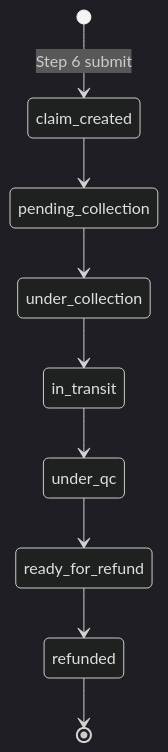
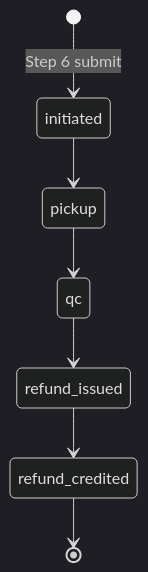
Before and after one commit to andrea-revibe/my-account-redesign-v2: the first of 5 diagrams in docs/output/returns/claim_tracking.md, drawn with Mermaid (dark theme). The commit also changed other lines of this file and 13 other files, not shown here.

Commit message:
Improved return cards by consolidatign timeline and adding messaging

````diff
--- a/docs/output/returns/claim_tracking.md
+++ b/docs/output/returns/claim_tracking.md
@@ -9,11 +9,9 @@
 ```mermaid
 stateDiagram-v2
-    [*] --> claim_created: Step 6 submit
-    claim_created --> pending_collection
-    pending_collection --> under_collection
-    under_collection --> in_transit
-    in_transit --> under_qc
-    under_qc --> ready_for_refund
-    ready_for_refund --> refunded
-    refunded --> [*]
+    [*] --> initiated: Step 6 submit
+    initiated --> pickup
+    pickup --> qc
+    qc --> refund_issued
+    refund_issued --> refund_credited
+    refund_credited --> [*]
 ```
````
